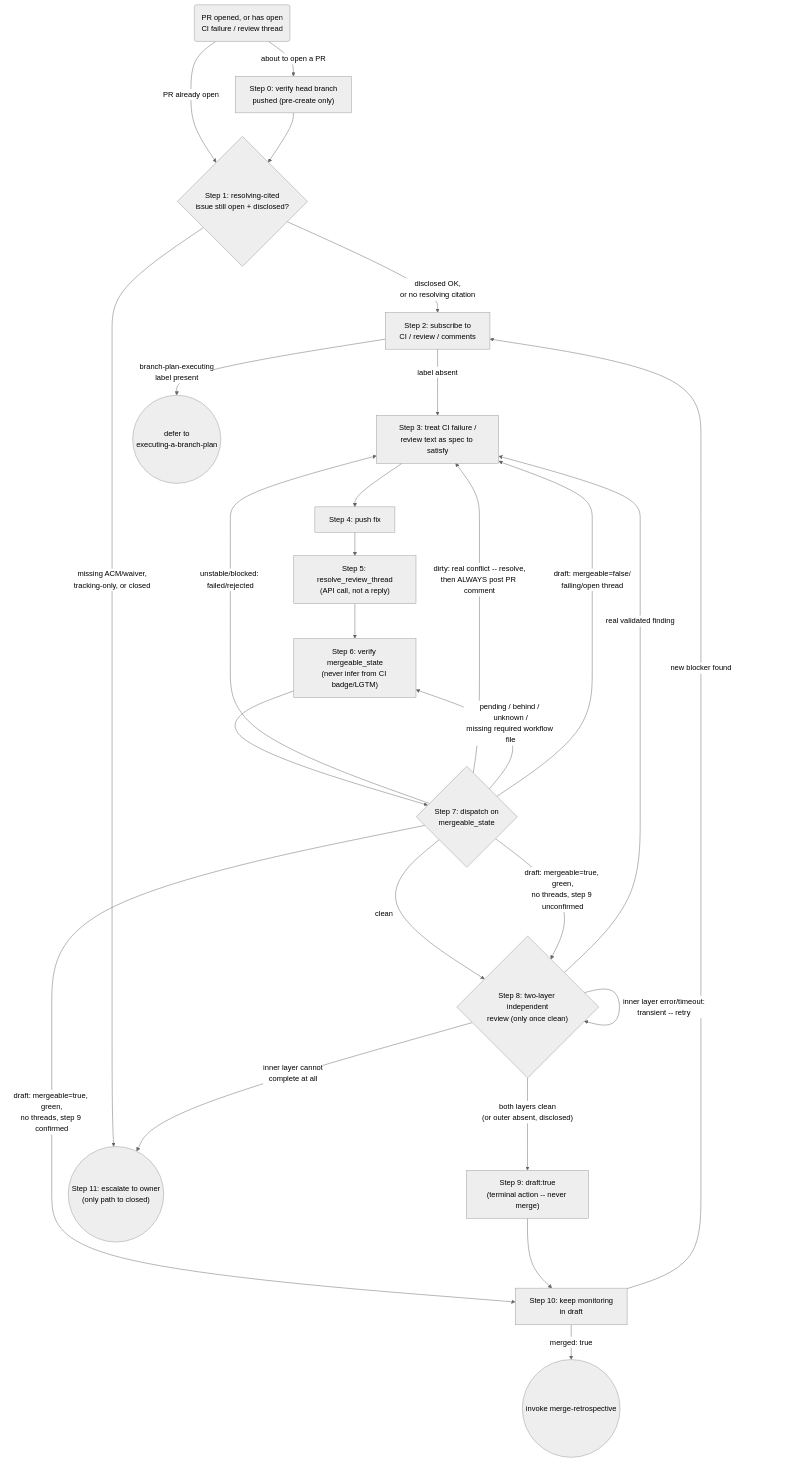
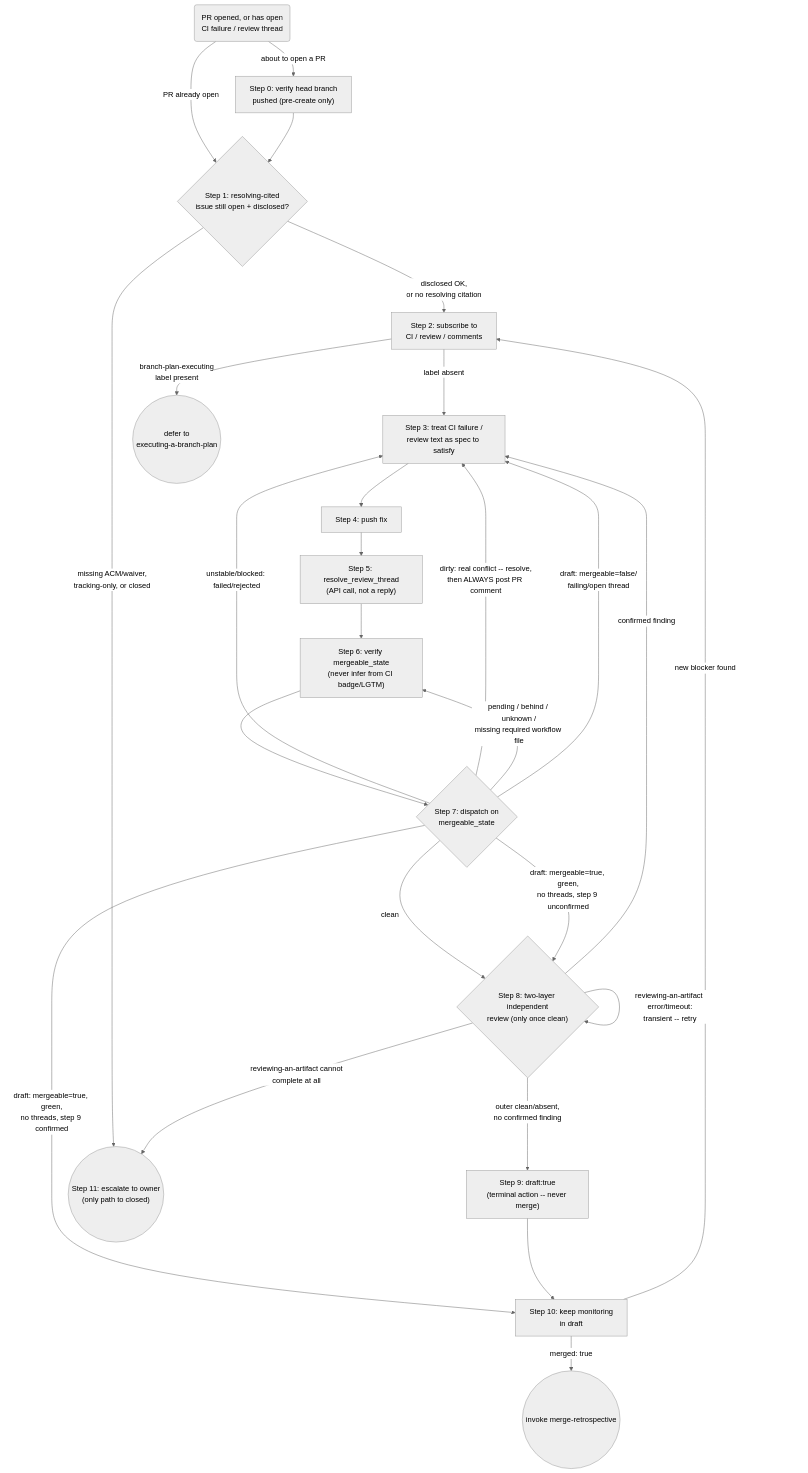
The diagram in skills/drafting-a-pr-to-merge/SKILL.md (tvna/gitapex), drawn with Mermaid (neutral theme) before and after one commit. The commit also changed other lines of this file and 1 other file, not shown here.

First line of the commit message:
refactor(skills): point drafting-a-pr-to-merge Step 8 at reviewing-an-artifact

````diff
--- a/skills/drafting-a-pr-to-merge/SKILL.md
+++ b/skills/drafting-a-pr-to-merge/SKILL.md
@@ -350,40 +335,40 @@
 ```mermaid
 flowchart TD
     start("PR opened, or has open<br/>CI failure / review thread")
     step0["Step 0: verify head branch<br/>pushed (pre-create only)"]
     step1{"Step 1: resolving-cited<br/>issue still open + disclosed?"}
     step2["Step 2: subscribe to<br/>CI / review / comments"]
     step3["Step 3: treat CI failure /<br/>review text as spec to satisfy"]
     step4["Step 4: push fix"]
     step5["Step 5: resolve_review_thread<br/>(API call, not a reply)"]
     step6["Step 6: verify mergeable_state<br/>(never infer from CI badge/LGTM)"]
     step7{"Step 7: dispatch on<br/>mergeable_state"}
     step8{"Step 8: two-layer independent<br/>review (only once clean)"}
     step9["Step 9: draft:true<br/>(terminal action -- never merge)"]
     step10["Step 10: keep monitoring<br/>in draft"]
     step11(("Step 11: escalate to owner<br/>(only path to closed)"))
     retro(("invoke merge-retrospective"))
     defer(("defer to<br/>executing-a-branch-plan"))
 
     start -->|"about to open a PR"| step0
     start -->|"PR already open"| step1
     step0 --> step1
     step1 -->|"missing ACM/waiver,<br/>tracking-only, or closed"| step11
     step1 -->|"disclosed OK,<br/>or no resolving citation"| step2
     step2 -->|"branch-plan-executing<br/>label present"| defer
     step2 -->|"label absent"| step3 --> step4 --> step5 --> step6 --> step7
     step7 -->|"clean"| step8
     step7 -->|"unstable/blocked: failed/rejected"| step3
     step7 -->|"dirty: real conflict -- resolve,<br/>then ALWAYS post PR comment"| step3
     step7 -->|"pending / behind / unknown /<br/>missing required workflow file"| step6
     step7 -->|"draft: mergeable=false/<br/>failing/open thread"| step3
     step7 -->|"draft: mergeable=true, green,<br/>no threads, step 9 unconfirmed"| step8
     step7 -->|"draft: mergeable=true, green,<br/>no threads, step 9 confirmed"| step10
-    step8 -->|"both layers clean<br/>(or outer absent, disclosed)"| step9
-    step8 -->|"real validated finding"| step3
-    step8 -->|"inner layer error/timeout:<br/>transient -- retry"| step8
-    step8 -->|"inner layer cannot<br/>complete at all"| step11
+    step8 -->|"outer clean/absent,<br/>no confirmed finding"| step9
+    step8 -->|"confirmed finding"| step3
+    step8 -->|"reviewing-an-artifact error/timeout:<br/>transient -- retry"| step8
+    step8 -->|"reviewing-an-artifact cannot<br/>complete at all"| step11
     step9 --> step10
     step10 -->|"new blocker found"| step2
     step10 -->|"merged: true"| retro
 ```
````
